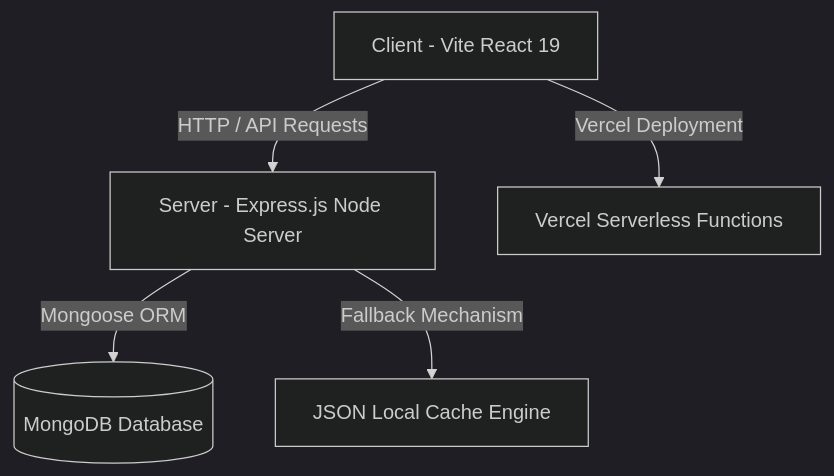
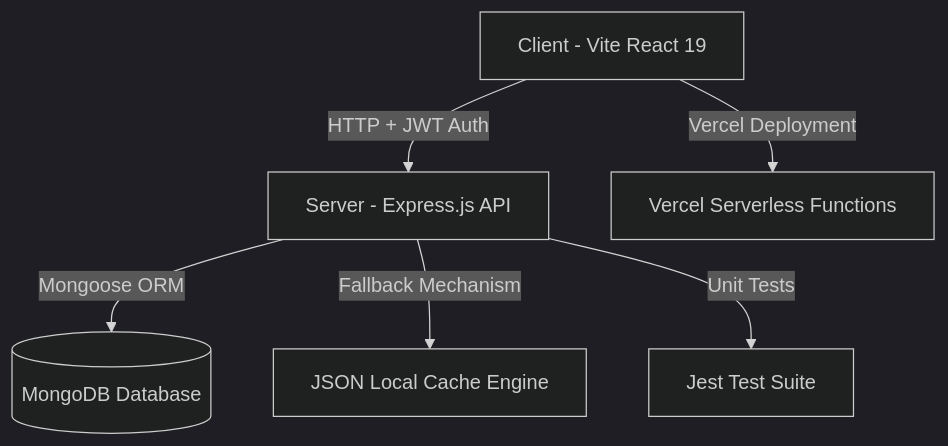
The diagram in README.md (Sonakshi9900/Abhyas3.0), drawn with Mermaid (dark theme) before and after one commit. The commit also changed other lines of this file and 12451 other files, not shown here.

Commit message:
fix(security): sanitize question endpoints, implement backend JWT auth, server-side scoring & clean git hygiene

````diff
--- a/README.md
+++ b/README.md
@@ -48,7 +51,8 @@
 ```mermaid
 graph TD
-    A[Client - Vite React 19] -->|HTTP / API Requests| B[Server - Express.js Node Server]
+    A[Client - Vite React 19] -->|HTTP + JWT Auth| B[Server - Express.js API]
     B -->|Mongoose ORM| C[(MongoDB Database)]
     B -->|Fallback Mechanism| D[JSON Local Cache Engine]
-    A -->|Vercel Deployment| E[Vercel Serverless Functions]
+    B -->|Unit Tests| E[Jest Test Suite]
+    A -->|Vercel Deployment| F[Vercel Serverless Functions]
 ```
````
